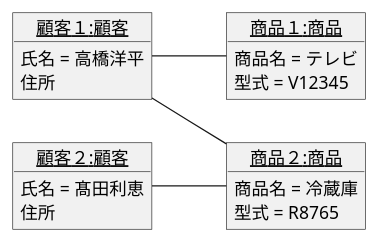
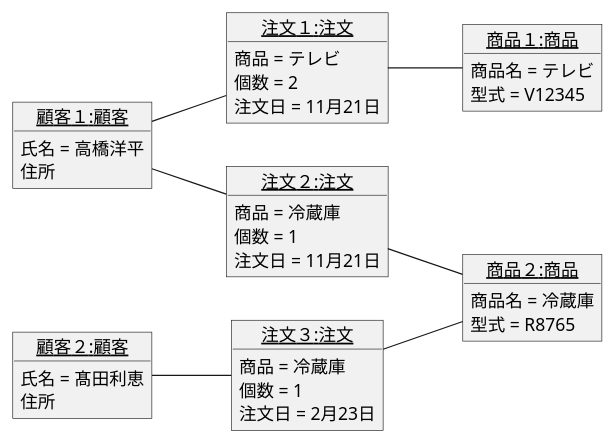
Before and after one commit to yoshidasen/uml-introduction: the diagram in 演習3-7_OBJ_注文のオブジェクト図.pu, drawn with PlantUML.

Commit message:
演習3-7 オブジェクトの追加

```diff
--- a/演習3-7_OBJ_注文のオブジェクト図.pu
+++ b/演習3-7_OBJ_注文のオブジェクト図.pu
@@ -1,25 +1,43 @@
 @startuml 注文
     left to right direction
     object "<u>顧客１:顧客</u>" as O1 {
         氏名 = 高橋洋平
         住所
     }
     object "<u>顧客２:顧客</u>" as O2 {
         氏名 = 髙田利恵
         住所
     }
 
     object "<u>商品１:商品</u>" as O3 {
         商品名 = テレビ
         型式 = V12345
     }
     object "<u>商品２:商品</u>" as O4 {
         商品名 = 冷蔵庫
         型式 = R8765
     }
+    object "<u>注文１:注文</u>" as O5 {
+        商品 = テレビ
+        個数 = 2
+        注文日 = 11月21日
+    }
+    object "<u>注文２:注文</u>" as O6 {
+        商品 = 冷蔵庫
+        個数 = 1
+        注文日 = 11月21日
+    }
+    object "<u>注文３:注文</u>" as O7 {
+        商品 = 冷蔵庫
+        個数 = 1
+        注文日 = 2月23日
+    }
 
-    O1 -- O3
-    O1 -- O4
-    O2 -- O4
+    O1 -- O5
+    O1 -- O6
+    O2 -- O7
+    O5 -- O3
+    O6 -- O4
+    O7 -- O4
 
 @enduml
```
